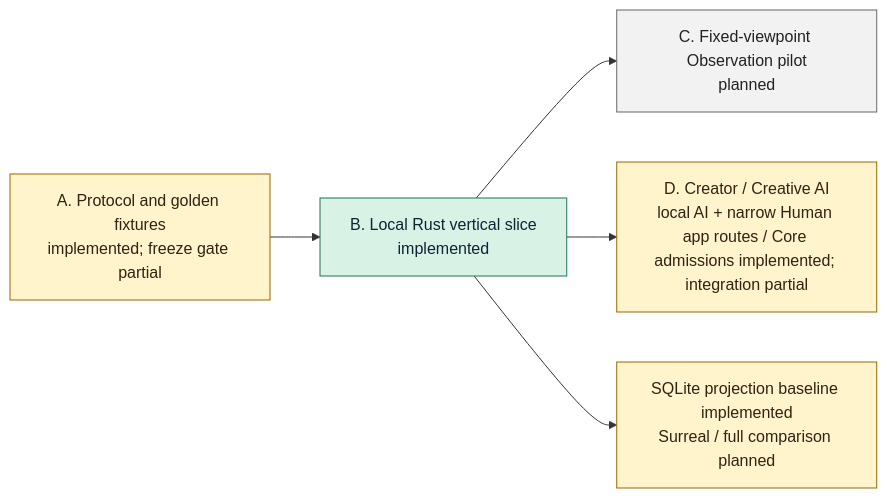
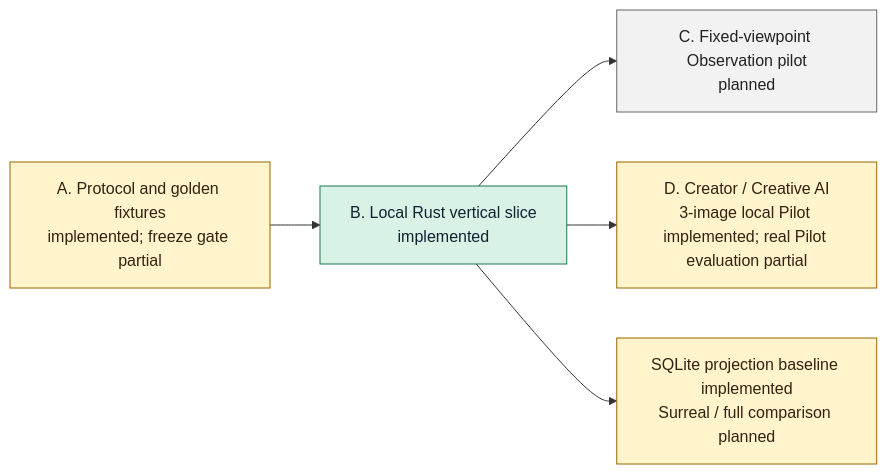
Before and after one commit to howlrs/synapsegit: the diagram in docs/stage0_execution_plan.md, drawn with Mermaid. The commit also changed other lines of this file and 16 other files, not shown here.

Commit message:
feat: add local creator pilot workflow

````diff
--- a/docs/stage0_execution_plan.md
+++ b/docs/stage0_execution_plan.md
@@ -9,14 +9,14 @@
 ```mermaid
 flowchart LR
     A["A. Protocol and golden fixtures<br/>implemented; freeze gate partial"] --> B["B. Local Rust vertical slice<br/>implemented"]
     B --> C["C. Fixed-viewpoint Observation pilot<br/>planned"]
-    B --> D["D. Creator / Creative AI<br/>local AI + narrow Human app routes / Core admissions implemented; integration partial"]
+    B --> D["D. Creator / Creative AI<br/>3-image local Pilot implemented; real Pilot evaluation partial"]
     B --> E["SQLite projection baseline implemented<br/>Surreal / full comparison planned"]
 
     classDef done fill:#d9f2e6,stroke:#18794e,color:#123;
     classDef partial fill:#fff4cc,stroke:#9a6700,color:#321;
     classDef planned fill:#f2f2f2,stroke:#666,color:#222;
     class B done;
     class A,D,E partial;
     class C planned;
 ```
````
